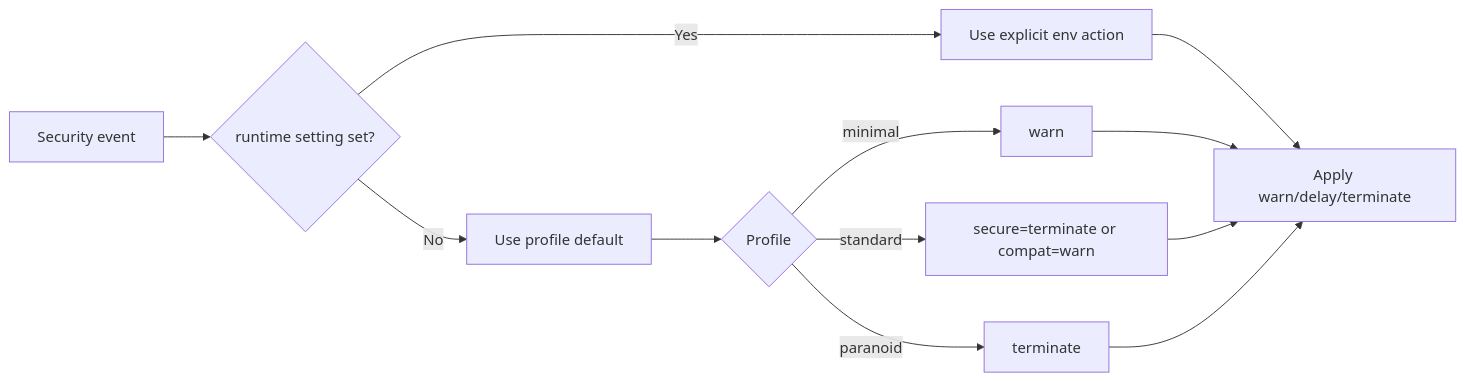
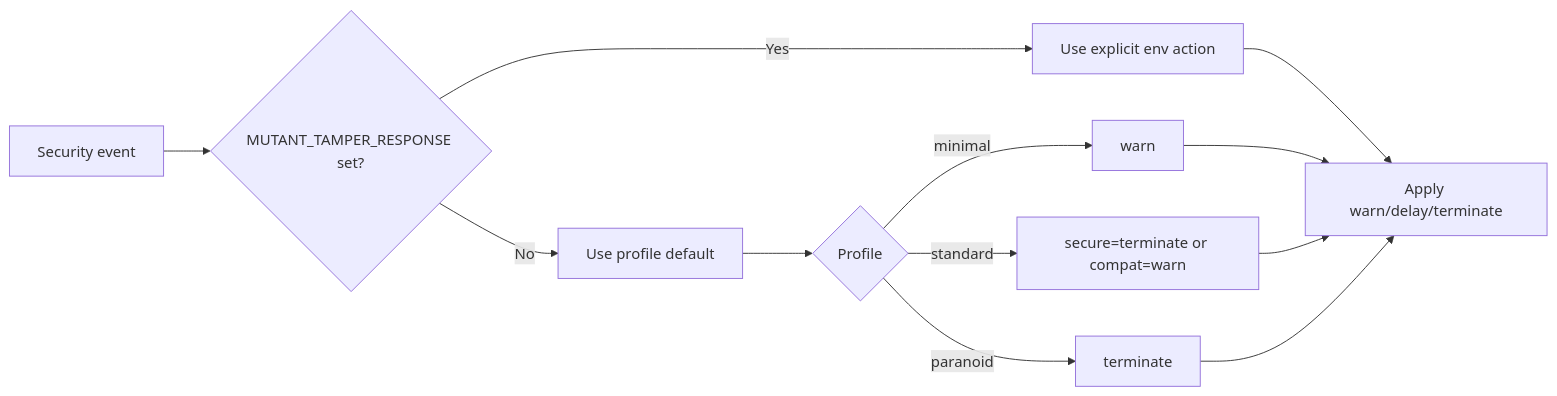
One commit to aoiflux/mudocs changed the second of 8 diagrams in docs/SECURITY_DIAGRAMS.md. Above: the diagram before and after it, drawn with Mermaid. The commit also changed other lines of this file and 41 other files, not shown here.

````diff
--- a/docs/SECURITY_DIAGRAMS.md
+++ b/docs/SECURITY_DIAGRAMS.md
@@ -30,14 +34,14 @@
 ```mermaid
 flowchart LR
-    A[Security event] --> B{runtime setting set?}
+    A[Security event] --> B{MUTANT_TAMPER_RESPONSE set?}
     B -->|Yes| C[Use explicit env action]
     B -->|No| D[Use profile default]
     D --> E{Profile}
     E -->|minimal| F[warn]
     E -->|standard| G[secure=terminate or compat=warn]
     E -->|paranoid| H[terminate]
     C --> I[Apply warn/delay/terminate]
     F --> I
     G --> I
     H --> I
 ```
````
